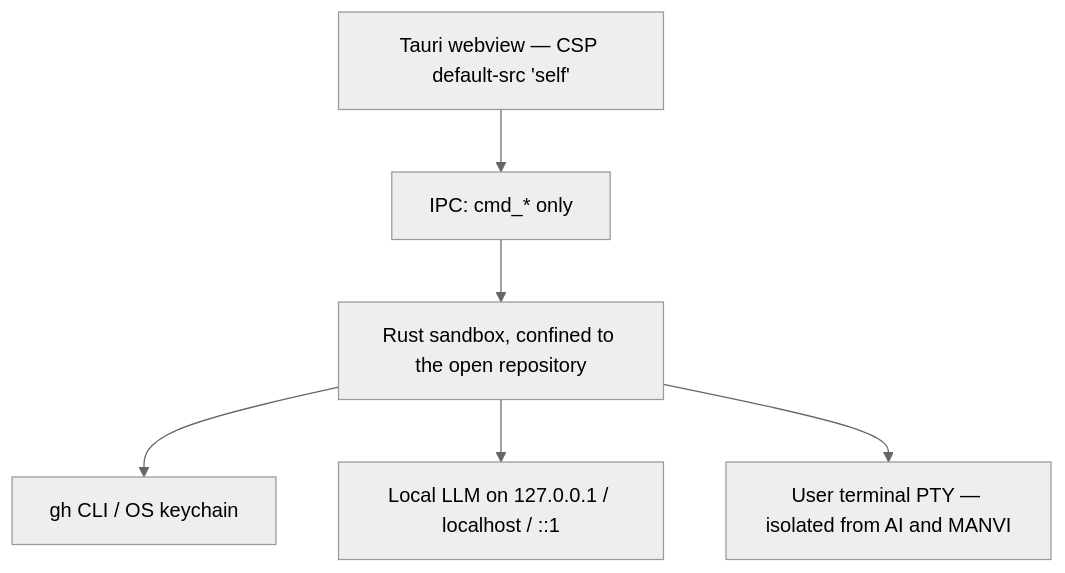
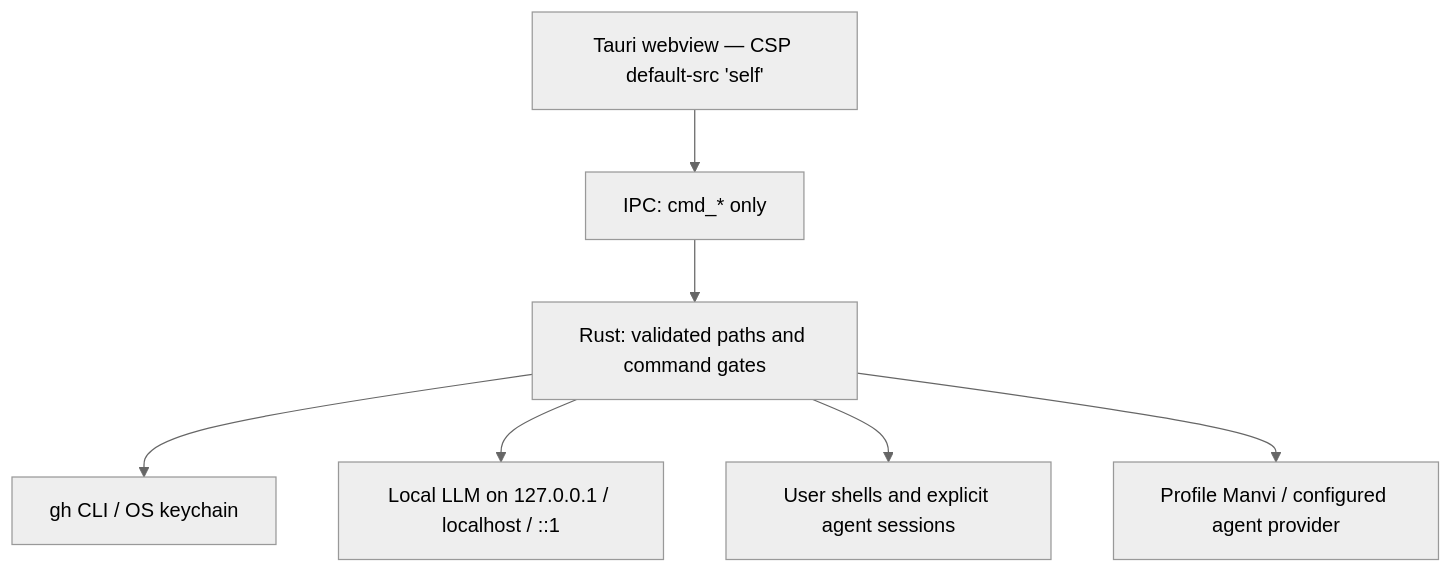
Before and after one commit to bharathvbcr/GitPulse: the diagram in wiki/Security.md, drawn with Mermaid (neutral theme). The commit also changed other lines of this file and 23 other files, not shown here.

Commit message:
docs: refresh task workflows, architecture, and contributor guidance

````diff
--- a/wiki/Security.md
+++ b/wiki/Security.md
@@ -5,8 +5,9 @@
 ```mermaid
 flowchart TD
     Webview["Tauri webview — CSP default-src 'self'"] --> IPC["IPC: cmd_* only"]
-    IPC --> Engine["Rust sandbox, confined to the open repository"]
+    IPC --> Engine["Rust: validated paths and command gates"]
     Engine --> Gh["gh CLI / OS keychain"]
     Engine --> AI["Local LLM on 127.0.0.1 / localhost / ::1"]
-    Engine --> PTY["User terminal PTY — isolated from AI and MANVI"]
+    Engine --> PTY["User shells and explicit agent sessions"]
+    Engine --> Manvi["Profile Manvi / configured agent provider"]
 ```
````
